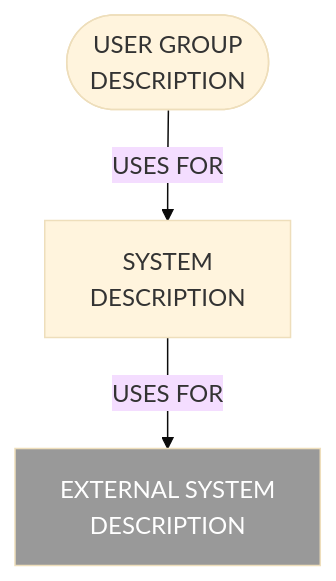
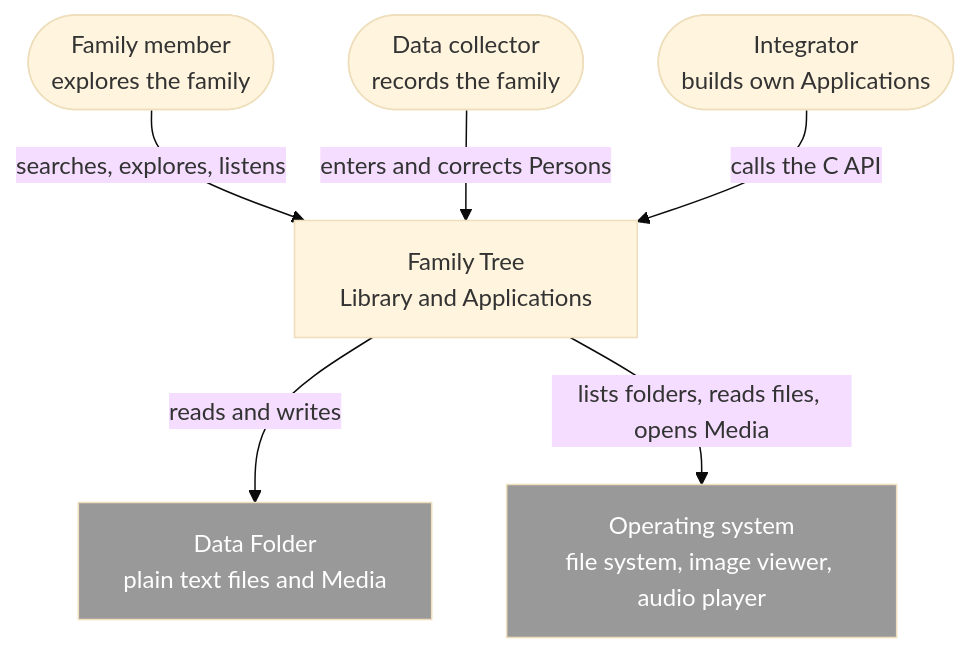
The first of 5 diagrams in docs/architecture.md (Assertores/FamilyTree), drawn with Mermaid (base theme) before and after one commit. The commit also changed other lines of this file and 15 other files, not shown here.

Commit message:
start making desitions on the architecture

````diff
--- a/docs/architecture.md
+++ b/docs/architecture.md
@@ -11,9 +10,15 @@
 ```mermaid
 flowchart TB
-    user(["USER GROUP<br>DESCRIPTION"])
-    system["SYSTEM<br>DESCRIPTION"]
-    external["EXTERNAL SYSTEM<br>DESCRIPTION"]:::external
-    user -->|USES FOR| system
-    system -->|USES FOR| external
+    member(["Family member<br>explores the family"])
+    collector(["Data collector<br>records the family"])
+    integrator(["Integrator<br>builds own Applications"])
+    system["Family Tree<br>Library and Applications"]
+    data["Data Folder<br>plain text files and Media"]:::external
+    os["Operating system<br>file system, image viewer, audio player"]:::external
+    member -->|searches, explores, listens| system
+    collector -->|enters and corrects Persons| system
+    integrator -->|calls the C API| system
+    system -->|reads and writes| data
+    system -->|lists folders, reads files, opens Media| os
     classDef external fill:#999,color:#fff
 ```
````
